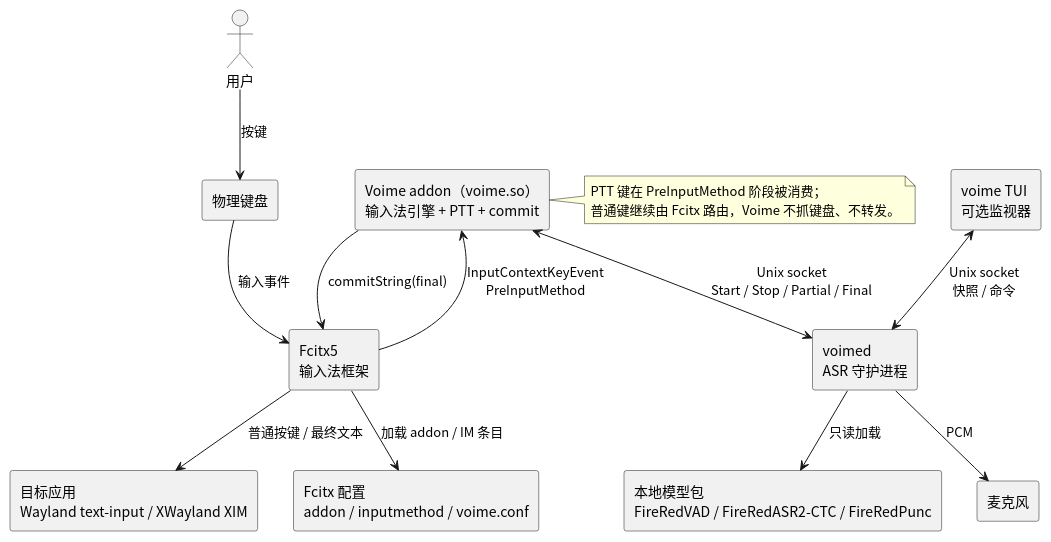
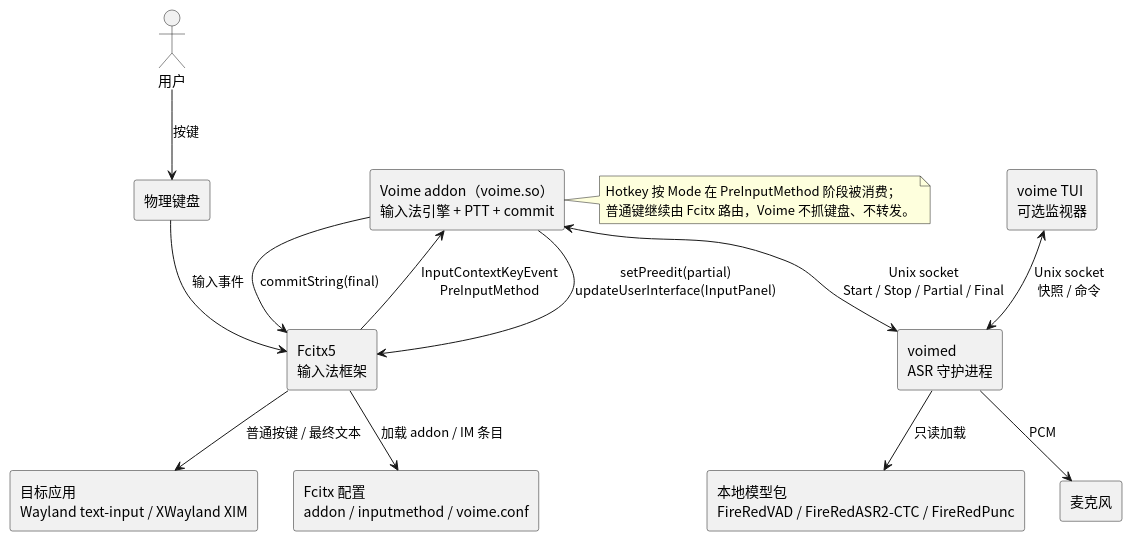
One commit to 54m43lJ/voime changed the diagram in diagram/proposal-fcitx-architecture.puml. Above: the diagram before and after it, drawn with PlantUML. The commit also changed 6 other files, not shown here.

```diff
--- a/diagram/proposal-fcitx-architecture.puml
+++ b/diagram/proposal-fcitx-architecture.puml
@@ -1,30 +1,31 @@
 @startuml
 skinparam defaultFontName "Noto Sans CJK SC"
 skinparam shadowing false
 skinparam componentStyle rectangle
 top to bottom direction
 
 actor "用户" as User
 component "物理键盘" as Keyboard
 component "Fcitx5\n输入法框架" as Fcitx
 component "Voime addon（voime.so）\n输入法引擎 + PTT + commit" as Addon
 component "voimed\nASR 守护进程" as Daemon
 component "voime TUI\n可选监视器" as Tui
 component "目标应用\nWayland text-input / XWayland XIM" as App
 component "本地模型包\nFireRedVAD / FireRedASR2-CTC / FireRedPunc" as Models
 component "麦克风" as Mic
 component "Fcitx 配置\naddon / inputmethod / voime.conf" as Config
 
 User --> Keyboard : 按键
 Keyboard --> Fcitx : 输入事件
 Fcitx --> Addon : InputContextKeyEvent\nPreInputMethod
+Addon --> Fcitx : setPreedit(partial)\nupdateUserInterface(InputPanel)
 Addon --> Fcitx : commitString(final)
 Fcitx --> App : 普通按键 / 最终文本
 Addon <--> Daemon : Unix socket\nStart / Stop / Partial / Final
 Daemon --> Mic : PCM
 Daemon --> Models : 只读加载
 Tui <--> Daemon : Unix socket\n快照 / 命令
 Fcitx --> Config : 加载 addon / IM 条目
 
-note right of Addon : PTT 键在 PreInputMethod 阶段被消费；\n普通键继续由 Fcitx 路由，Voime 不抓键盘、不转发。
+note right of Addon : Hotkey 按 Mode 在 PreInputMethod 阶段被消费；\n普通键继续由 Fcitx 路由，Voime 不抓键盘、不转发。
 @enduml
```
